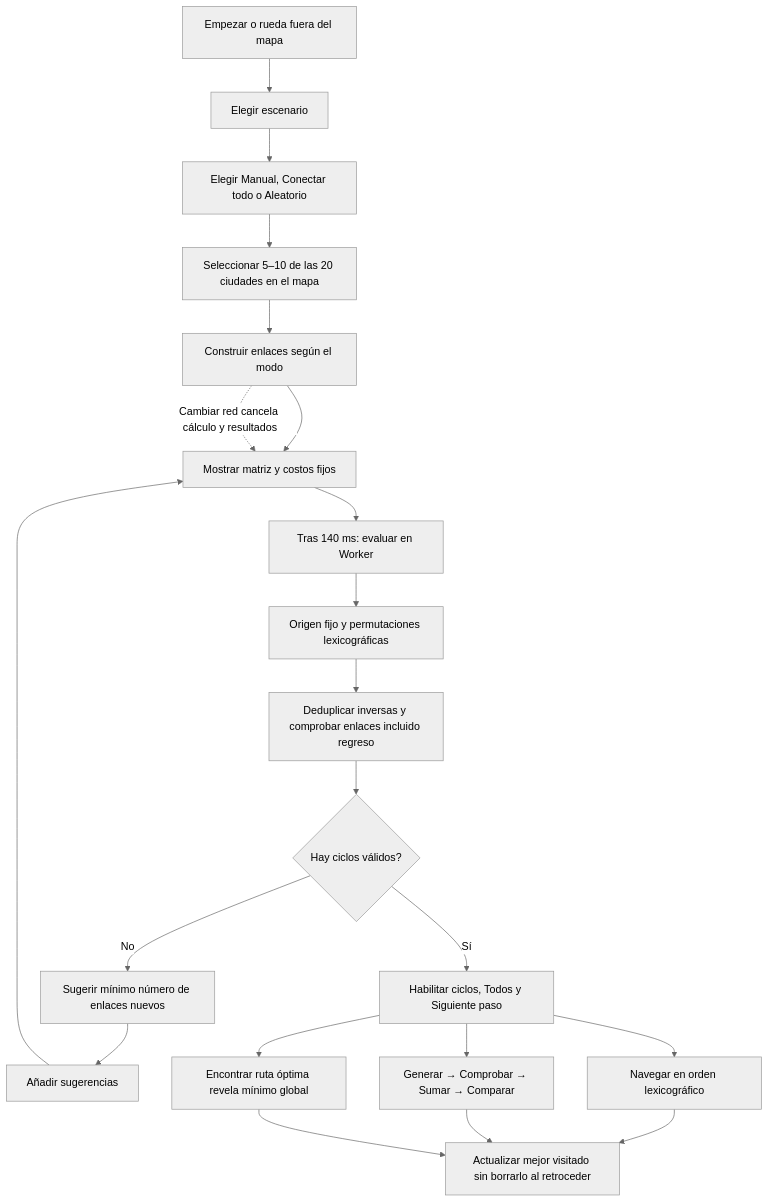
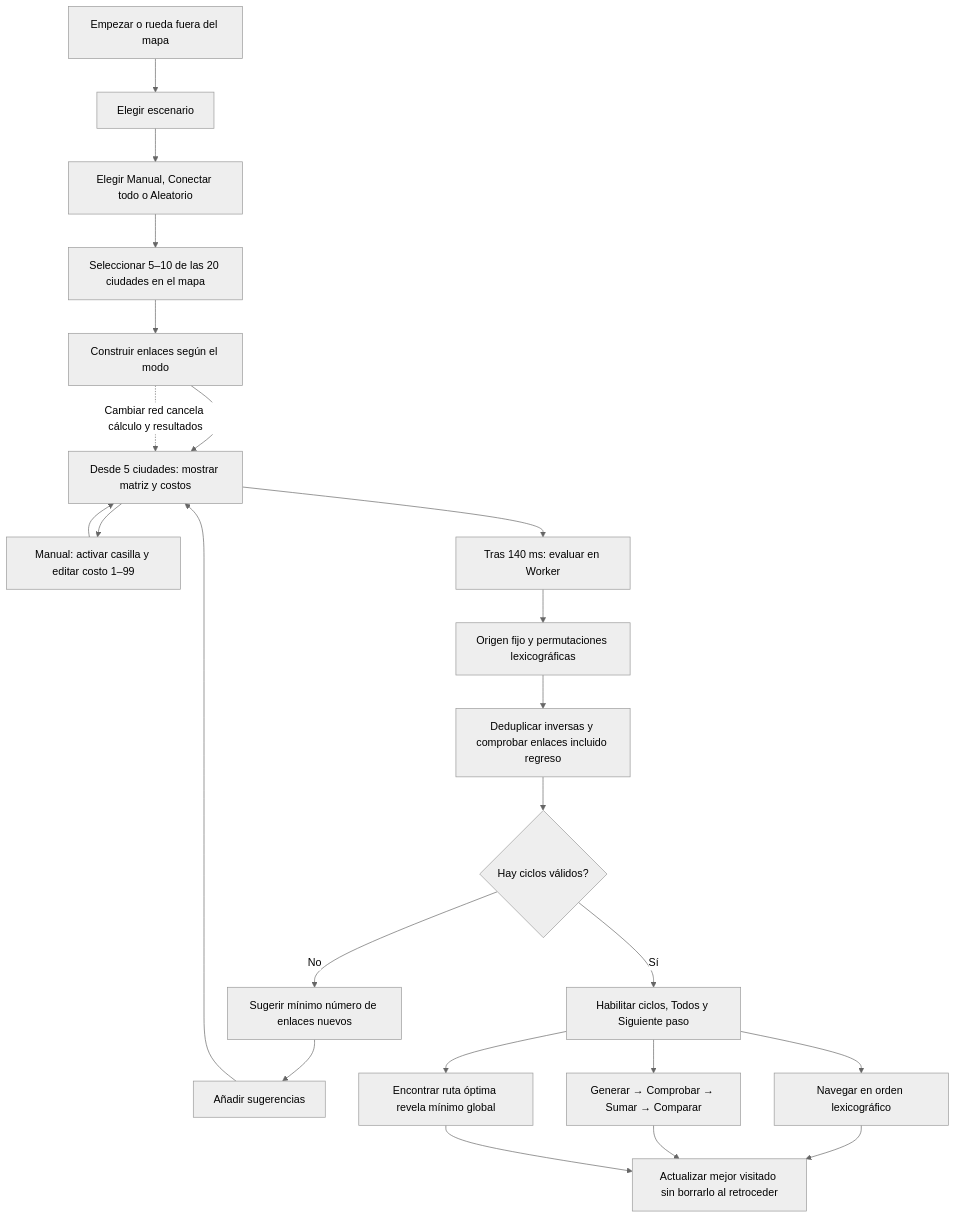
The diagram in docs/FLUJO.md (Gergatopu/SilkNode), drawn with Mermaid (neutral theme) before and after one commit. The commit also changed other lines of this file and 7 other files, not shown here.

````diff
--- a/docs/FLUJO.md
+++ b/docs/FLUJO.md
@@ -3,23 +3,25 @@
 ```mermaid
 flowchart TD
  A[Empezar o rueda fuera del mapa] --> B[Elegir escenario]
  B --> C[Elegir Manual, Conectar todo o Aleatorio]
  C --> D[Seleccionar 5–10 de las 20 ciudades en el mapa]
  D --> E[Construir enlaces según el modo]
- E --> F[Mostrar matriz y costos fijos]
+ E --> F[Desde 5 ciudades: mostrar matriz y costos]
+ F --> R[Manual: activar casilla y editar costo 1–99]
+ R --> F
  F --> G[Tras 140 ms: evaluar en Worker]
  G --> H[Origen fijo y permutaciones lexicográficas]
  H --> I[Deduplicar inversas y comprobar enlaces incluido regreso]
  I --> J{Hay ciclos válidos?}
  J -- No --> K[Sugerir mínimo número de enlaces nuevos]
  K --> L[Añadir sugerencias]
  L --> F
  J -- Sí --> M[Habilitar ciclos, Todos y Siguiente paso]
  M --> N[Navegar en orden lexicográfico]
  M --> O[Generar → Comprobar → Sumar → Comparar]
  M --> P[Encontrar ruta óptima revela mínimo global]
  N --> Q[Actualizar mejor visitado sin borrarlo al retroceder]
  O --> Q
  P --> Q
  E -. Cambiar red cancela cálculo y resultados .-> F
 ```
````
